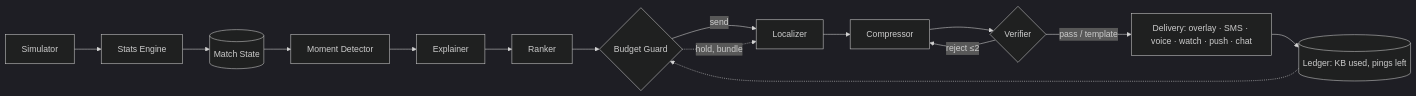
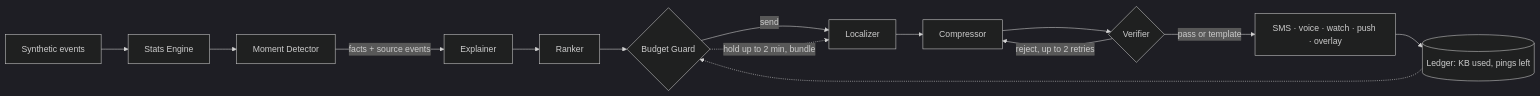
Before and after one commit to softalpha0/MatchGist: the first of 3 diagrams in README.md, drawn with Mermaid (dark theme). The commit also changed other lines of this file and 5 other files, not shown here.

````diff
--- a/README.md
+++ b/README.md
@@ -30,9 +91,11 @@
 ```mermaid
 flowchart LR
-  SIM[Simulator] --> STATS[Stats Engine] --> STATE[(Match State)] --> DET[Moment Detector] --> EXP[Explainer]
-  EXP --> RANK[Ranker] --> GUARD{Budget Guard} -->|send| LOC[Localizer] --> COMP[Compressor] --> VER{Verifier}
-  VER -->|reject ≤2| COMP
-  VER -->|pass / template| OUT[Delivery: overlay · SMS · voice · watch · push · chat]
-  GUARD -.->|hold, bundle| LOC
-  OUT --> LEDGER[(Ledger: KB used, pings left)] -.-> GUARD
+  EV[Synthetic events] --> ST[Stats Engine] --> MD[Moment Detector]
+  MD -->|facts + source events| EX[Explainer]
+  EX --> RK[Ranker] --> BG{Budget Guard}
+  BG -->|send| LO[Localizer] --> CO[Compressor] --> VE{Verifier}
+  VE -->|reject, up to 2 retries| CO
+  VE -->|pass or template| CH[SMS · voice · watch · push · overlay]
+  BG -.->|hold up to 2 min, bundle| LO
+  CH --> LE[(Ledger: KB used, pings left)] -.-> BG
 ```
````
